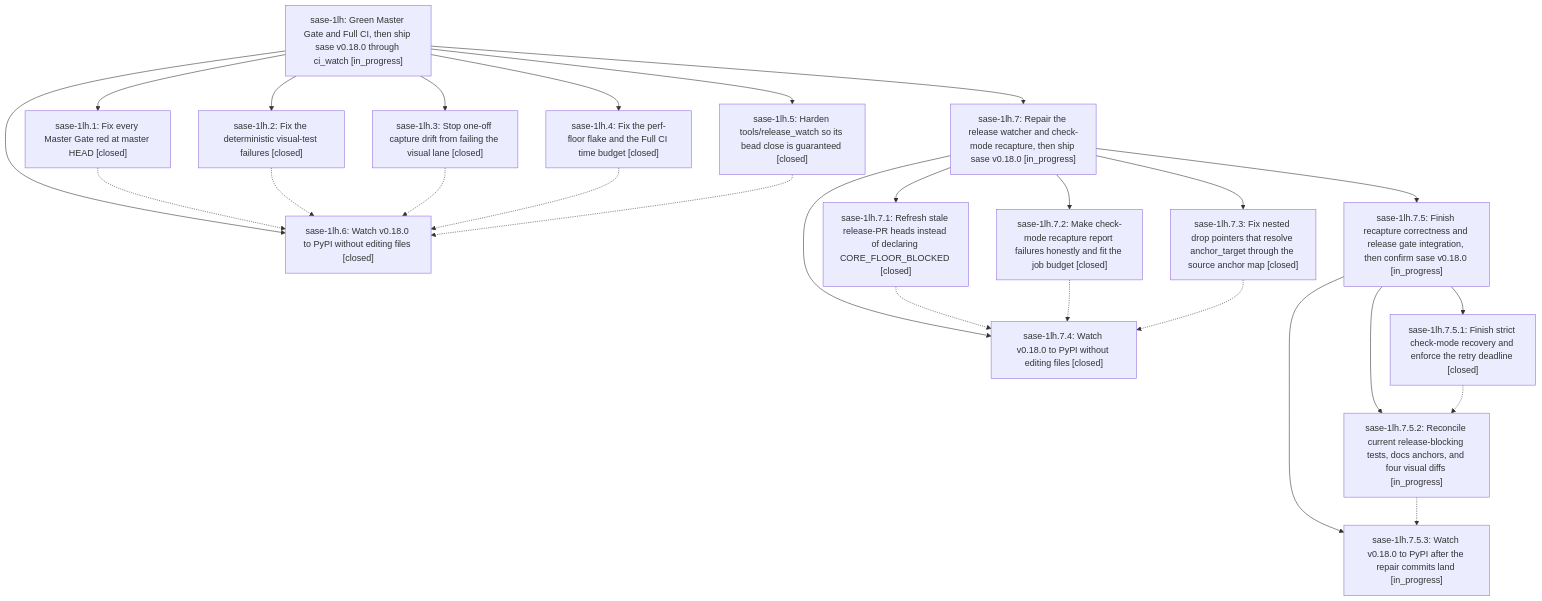
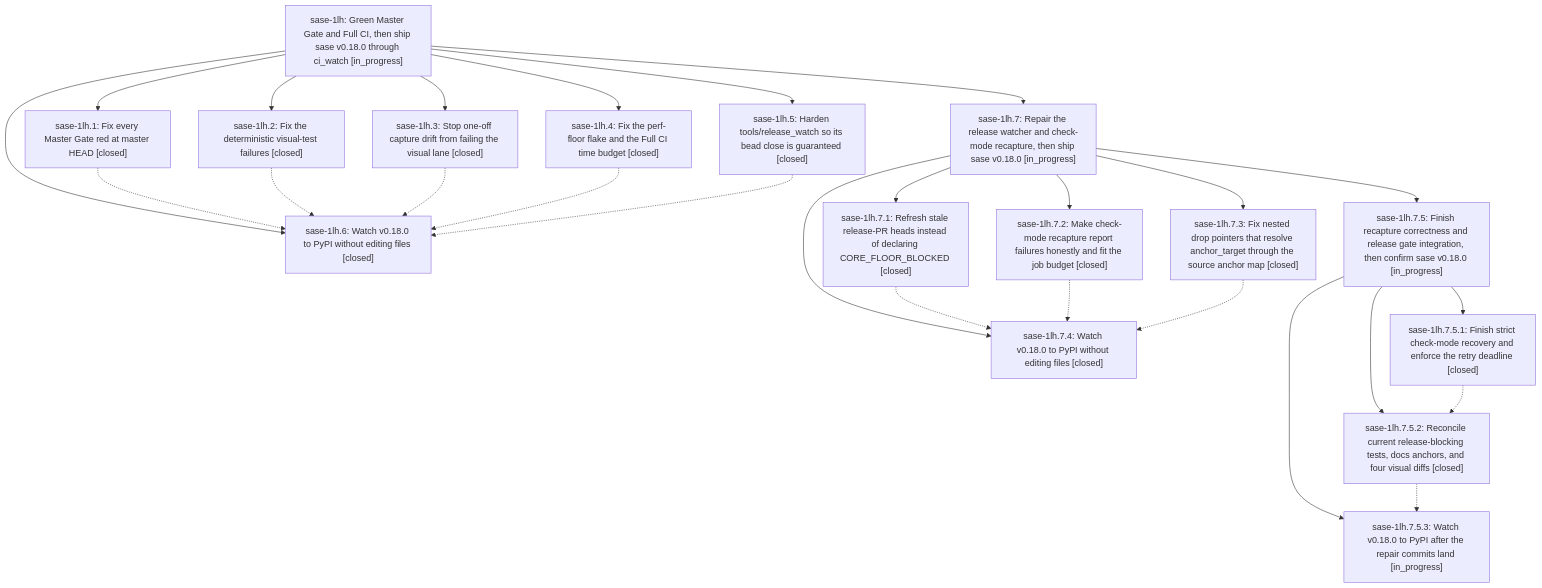
Before and after one commit to sase-org/sase--beads: the diagram in pages/sase-1lh/README.md, drawn with Mermaid. The commit also changed other lines of this file and 4 other files, not shown here.

````diff
--- a/pages/sase-1lh/README.md
+++ b/pages/sase-1lh/README.md
@@ -95,44 +95,44 @@
 ```mermaid
 flowchart TD
     n0["sase-1lh: Green Master Gate and Full CI, then ship sase v0.18.0 through ci_watch [in_progress]"]
     n1["sase-1lh.1: Fix every Master Gate red at master HEAD [closed]"]
     n2["sase-1lh.2: Fix the deterministic visual-test failures [closed]"]
     n3["sase-1lh.3: Stop one-off capture drift from failing the visual lane [closed]"]
     n4["sase-1lh.4: Fix the perf-floor flake and the Full CI time budget [closed]"]
     n5["sase-1lh.5: Harden tools/release_watch so its bead close is guaranteed [closed]"]
     n6["sase-1lh.6: Watch v0.18.0 to PyPI without editing files [closed]"]
     n7["sase-1lh.7: Repair the release watcher and check-mode recapture, then ship sase v0.18.0 [in_progress]"]
     n8["sase-1lh.7.1: Refresh stale release-PR heads instead of declaring CORE_FLOOR_BLOCKED [closed]"]
     n9["sase-1lh.7.2: Make check-mode recapture report failures honestly and fit the job budget [closed]"]
     n10["sase-1lh.7.3: Fix nested drop pointers that resolve anchor_target through the source anchor map [closed]"]
     n11["sase-1lh.7.4: Watch v0.18.0 to PyPI without editing files [closed]"]
     n12["sase-1lh.7.5: Finish recapture correctness and release gate integration, then confirm sase v0.18.0 [in_progress]"]
     n13["sase-1lh.7.5.1: Finish strict check-mode recovery and enforce the retry deadline [closed]"]
-    n14["sase-1lh.7.5.2: Reconcile current release-blocking tests, docs anchors, and four visual diffs [in_progress]"]
+    n14["sase-1lh.7.5.2: Reconcile current release-blocking tests, docs anchors, and four visual diffs [closed]"]
     n15["sase-1lh.7.5.3: Watch v0.18.0 to PyPI after the repair commits land [in_progress]"]
     n0 --> n1
     n0 --> n2
     n0 --> n3
     n0 --> n4
     n0 --> n5
     n0 --> n6
     n0 --> n7
     n7 --> n8
     n7 --> n9
     n7 --> n10
     n7 --> n11
     n7 --> n12
     n12 --> n13
     n12 --> n14
     n12 --> n15
     n1 -.-> n6
     n2 -.-> n6
     n3 -.-> n6
     n4 -.-> n6
     n5 -.-> n6
     n8 -.-> n11
     n9 -.-> n11
     n10 -.-> n11
     n13 -.-> n14
     n14 -.-> n15
 ```
````
